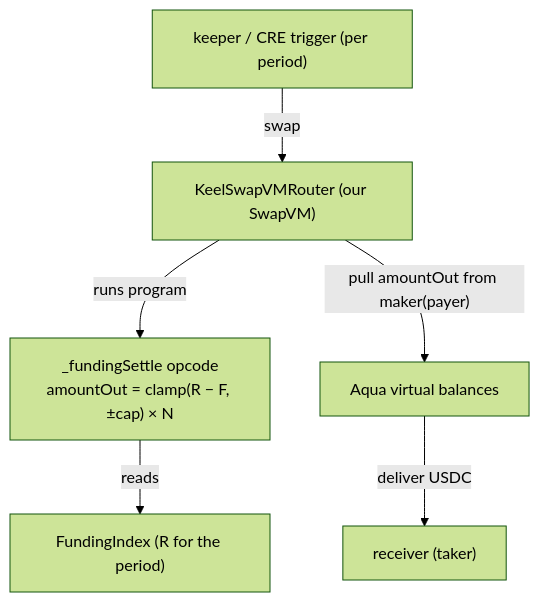
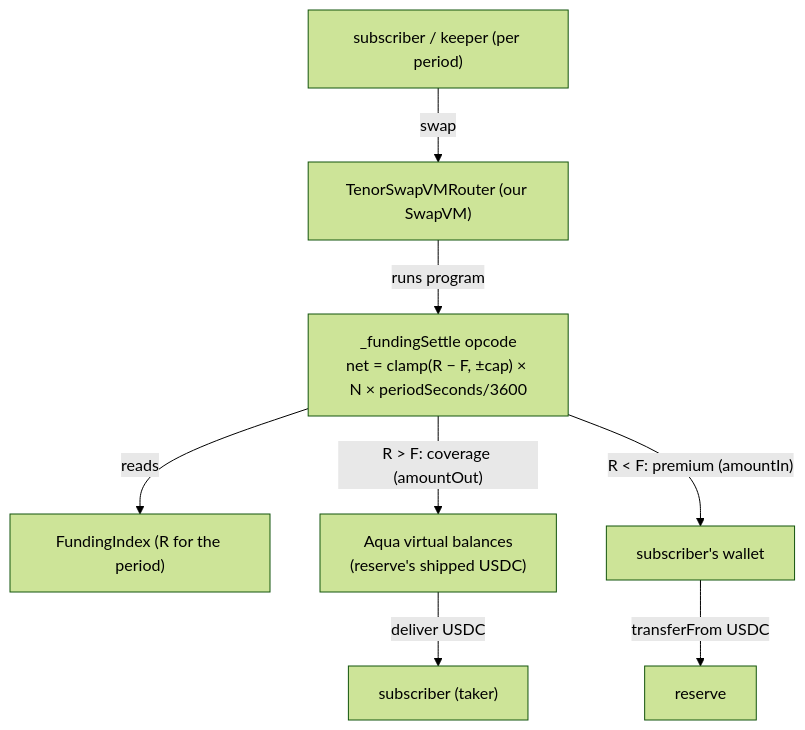
One commit to 0xYudhishthra/TenorFi changed the second of 4 diagrams in docs/bounty-integrations.md. Above: the diagram before and after it, drawn with Mermaid (forest theme). The commit also changed other lines of this file, not shown here.

````diff
--- a/docs/bounty-integrations.md
+++ b/docs/bounty-integrations.md
@@ -125,8 +128,10 @@
 ```mermaid
 flowchart TB
-    KEEPER["keeper / CRE trigger (per period)"] -->|swap| ROUTER["KeelSwapVMRouter (our SwapVM)"]
-    ROUTER -->|runs program| OP["_fundingSettle opcode<br/>amountOut = clamp(R − F, ±cap) × N"]
+    KEEPER["subscriber / keeper (per period)"] -->|swap| ROUTER["TenorSwapVMRouter (our SwapVM)"]
+    ROUTER -->|runs program| OP["_fundingSettle opcode<br/>net = clamp(R − F, ±cap) × N × periodSeconds/3600"]
     OP -->|reads| IDX["FundingIndex (R for the period)"]
-    ROUTER -->|"pull amountOut from maker(payer)"| AQUA["Aqua virtual balances"]
-    AQUA -->|deliver USDC| TAKER["receiver (taker)"]
+    OP -->|"R > F: coverage (amountOut)"| AQUA["Aqua virtual balances<br/>(reserve's shipped USDC)"]
+    AQUA -->|deliver USDC| SUB["subscriber (taker)"]
+    OP -->|"R < F: premium (amountIn)"| WALLET["subscriber's wallet"]
+    WALLET -->|transferFrom USDC| RESERVE["reserve"]
 ```
````
